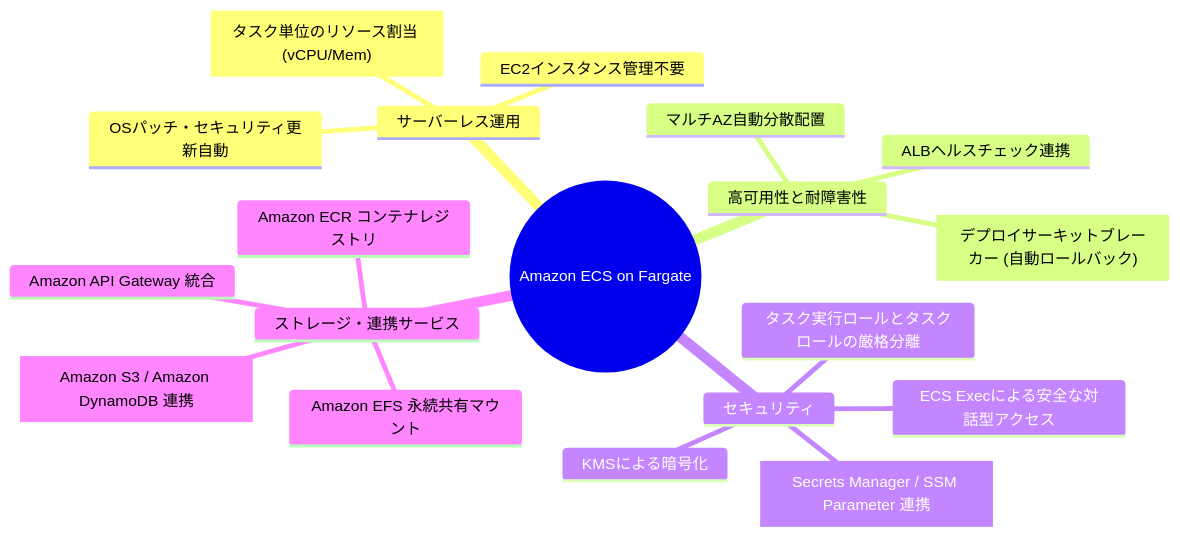
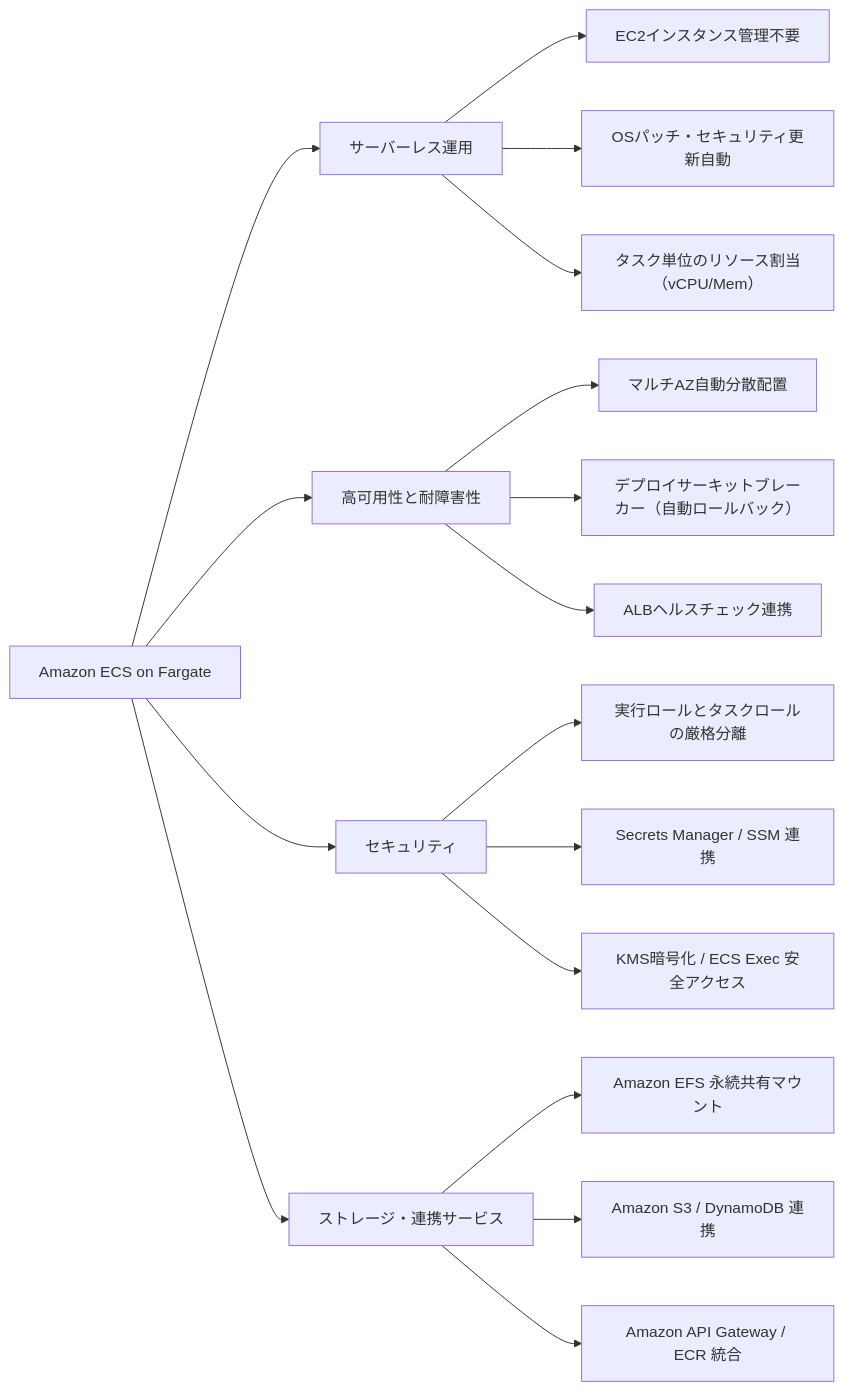
The first of 17 diagrams in AWS：ECS.md (hide104y/markdown), drawn with Mermaid before and after one commit. The commit also changed other lines of this file, not shown here.

Commit message:
GitHubのMermaidパーサーとの互換性考慮（その２）

````diff
--- a/AWS：ECS.md
+++ b/AWS：ECS.md
@@ -100,22 +100,24 @@
 ```mermaid
-mindmap
-  root(("Amazon ECS on Fargate"))
-    サーバーレス運用
-      EC2インスタンス管理不要
-      OSパッチ・セキュリティ更新自動
-      ["タスク単位のリソース割当 (vCPU/Mem)"]
-    高可用性と耐障害性
-      マルチAZ自動分散配置
-      ["デプロイサーキットブレーカー (自動ロールバック)"]
-      ALBヘルスチェック連携
-    セキュリティ
-      タスク実行ロールとタスクロールの厳格分離
-      ["Secrets Manager / SSM Parameter 連携"]
-      KMSによる暗号化
-      ECS Execによる安全な対話型アクセス
-    ストレージ・連携サービス
-      Amazon EFS 永続共有マウント
-      ["Amazon S3 / Amazon DynamoDB 連携"]
-      Amazon API Gateway 統合
-      Amazon ECR コンテナレジストリ
+flowchart LR
+    Root["Amazon ECS on Fargate"]
+    
+    Root --> C1["サーバーレス運用"]
+    C1 --> C1_1["EC2インスタンス管理不要"]
+    C1 --> C1_2["OSパッチ・セキュリティ更新自動"]
+    C1 --> C1_3["タスク単位のリソース割当（vCPU/Mem）"]
+
+    Root --> C2["高可用性と耐障害性"]
+    C2 --> C2_1["マルチAZ自動分散配置"]
+    C2 --> C2_2["デプロイサーキットブレーカー（自動ロールバック）"]
+    C2 --> C2_3["ALBヘルスチェック連携"]
+
+    Root --> C3["セキュリティ"]
+    C3 --> C3_1["実行ロールとタスクロールの厳格分離"]
+    C3 --> C3_2["Secrets Manager / SSM 連携"]
+    C3 --> C3_3["KMS暗号化 / ECS Exec 安全アクセス"]
+
+    Root --> C4["ストレージ・連携サービス"]
+    C4 --> C4_1["Amazon EFS 永続共有マウント"]
+    C4 --> C4_2["Amazon S3 / DynamoDB 連携"]
+    C4 --> C4_3["Amazon API Gateway / ECR 統合"]
 ```
````
